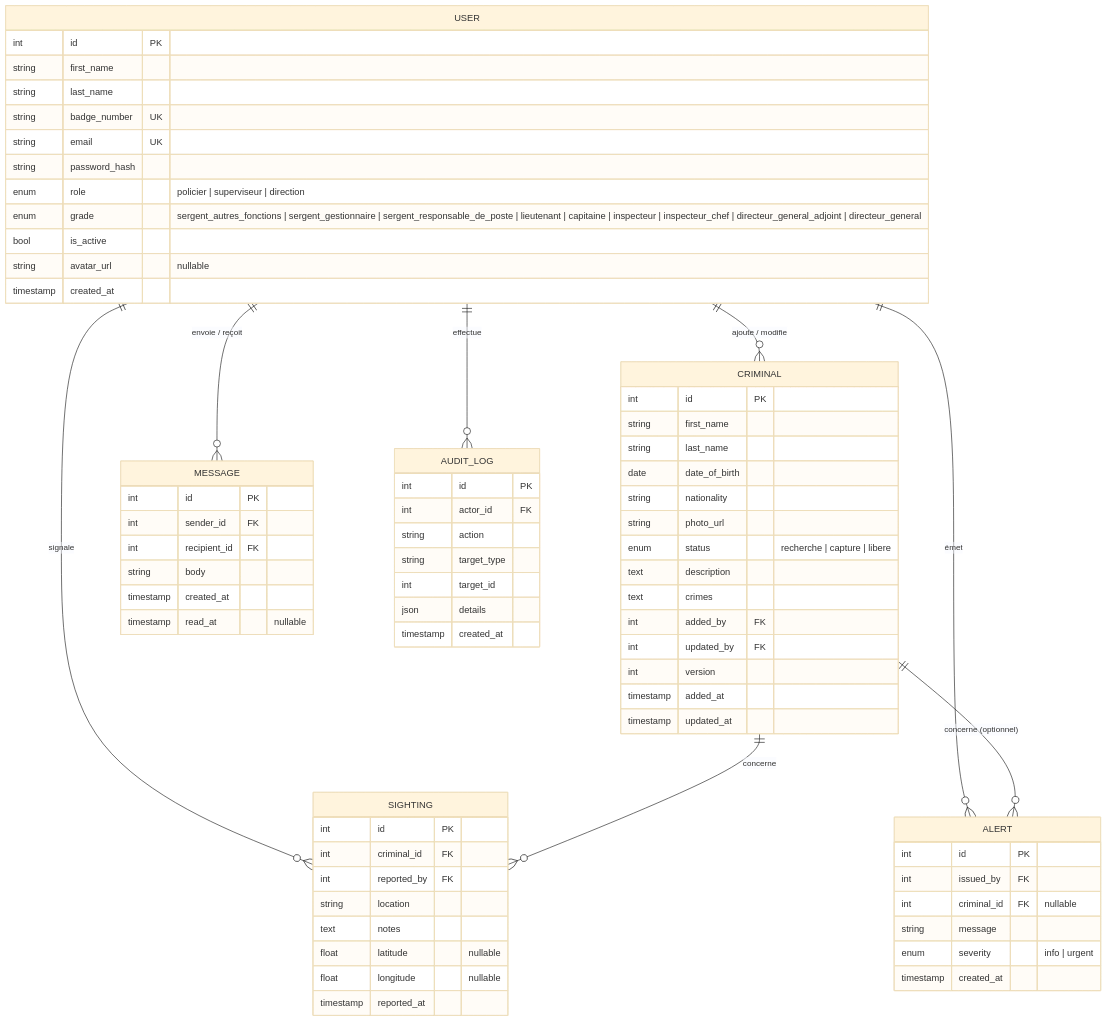
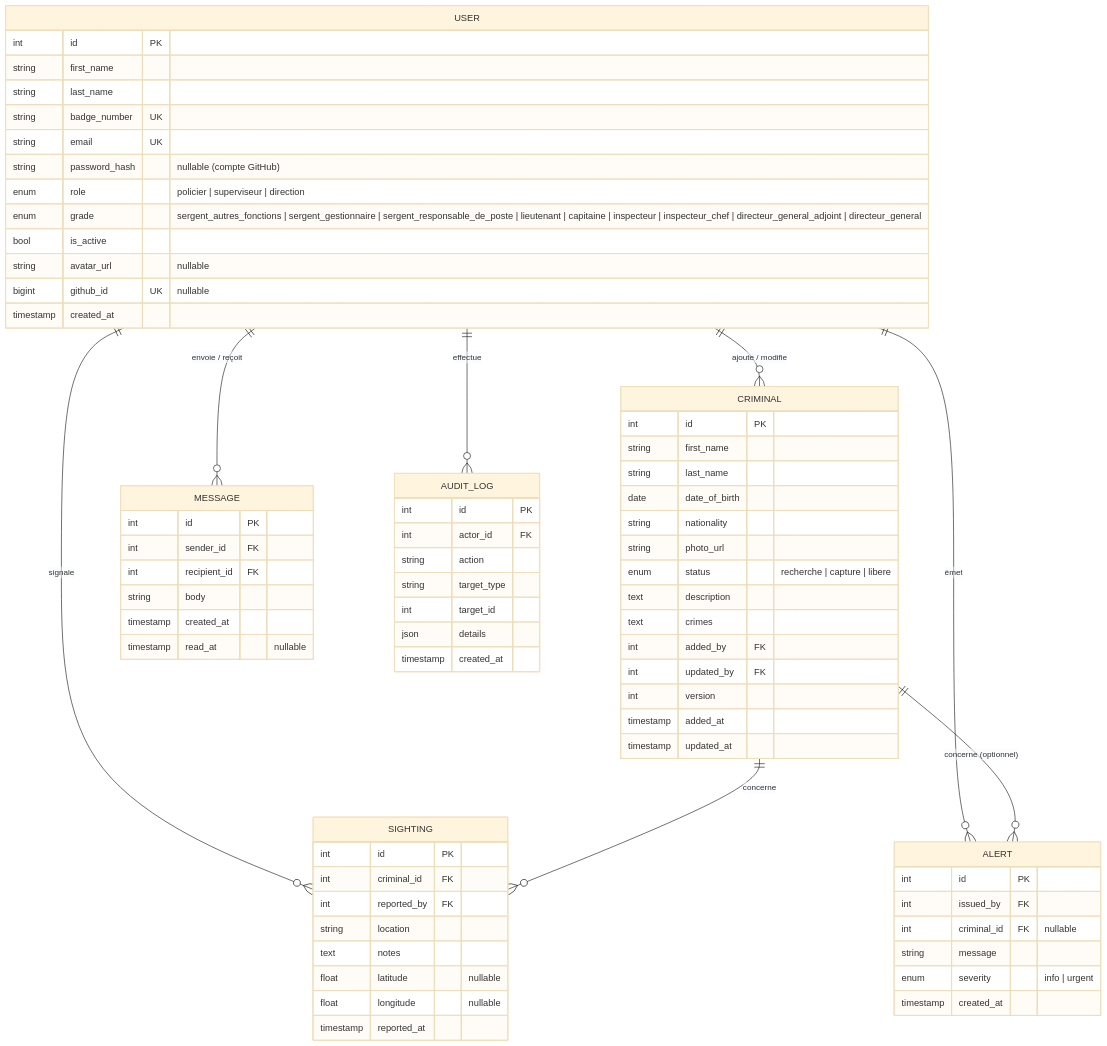
Before and after one commit to dr-arobase/projet-DA_3: the diagram in docs/03-conception.md, drawn with Mermaid (base theme). The commit also changed other lines of this file and 18 other files, not shown here.

First line of the commit message:
feat(auth): connexion avec un compte GitHub (OAuth 2)

````diff
--- a/docs/03-conception.md
+++ b/docs/03-conception.md
@@ -28,75 +28,76 @@
 ```mermaid
 erDiagram
     USER {
         int id PK
         string first_name
         string last_name
         string badge_number UK
         string email UK
-        string password_hash
+        string password_hash "nullable (compte GitHub)"
         enum role "policier | superviseur | direction"
         enum grade "sergent_autres_fonctions | sergent_gestionnaire | sergent_responsable_de_poste | lieutenant | capitaine | inspecteur | inspecteur_chef | directeur_general_adjoint | directeur_general"
         bool is_active
         string avatar_url "nullable"
+        bigint github_id UK "nullable"
         timestamp created_at
     }
     CRIMINAL {
         int id PK
         string first_name
         string last_name
         date date_of_birth
         string nationality
         string photo_url
         enum status "recherche | capture | libere"
         text description
         text crimes
         int added_by FK
         int updated_by FK
         int version
         timestamp added_at
         timestamp updated_at
     }
     SIGHTING {
         int id PK
         int criminal_id FK
         int reported_by FK
         string location
         text notes
         float latitude "nullable"
         float longitude "nullable"
         timestamp reported_at
     }
     MESSAGE {
         int id PK
         int sender_id FK
         int recipient_id FK
         string body
         timestamp created_at
         timestamp read_at "nullable"
     }
     ALERT {
         int id PK
         int issued_by FK
         int criminal_id FK "nullable"
         string message
         enum severity "info | urgent"
         timestamp created_at
     }
     AUDIT_LOG {
         int id PK
         int actor_id FK
         string action
         string target_type
         int target_id
         json details
         timestamp created_at
     }
 
     USER ||--o{ CRIMINAL : "ajoute / modifie"
     USER ||--o{ SIGHTING : "signale"
     USER ||--o{ ALERT : "émet"
     USER ||--o{ AUDIT_LOG : "effectue"
     USER ||--o{ MESSAGE : "envoie / reçoit"
     CRIMINAL ||--o{ SIGHTING : "concerne"
     CRIMINAL ||--o{ ALERT : "concerne (optionnel)"
 ```
````
